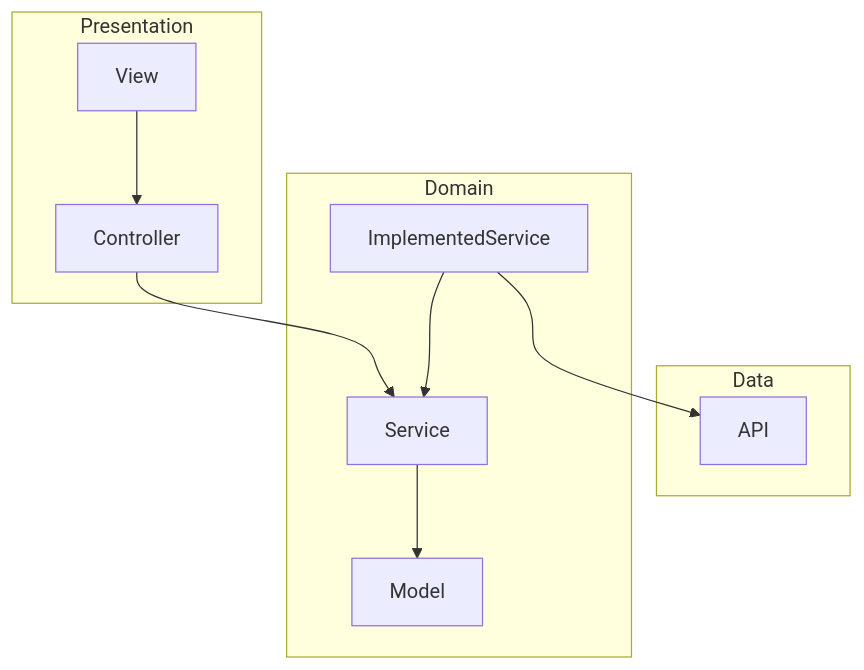
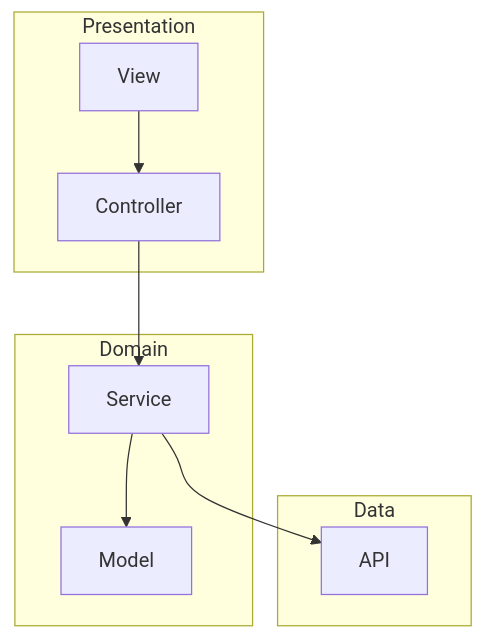
One commit to fa0311/flutter-training changed the diagram in ARCHITECTURE.md. Above: the diagram before and after it, drawn with Mermaid. The commit also changed other lines of this file, not shown here.

Commit message:
docs: ARCHITECTURE.md を変更する

````diff
--- a/ARCHITECTURE.md
+++ b/ARCHITECTURE.md
@@ -7,19 +7,18 @@
 ```mermaid
 flowchart TB
 
   subgraph Data
     API
   end
 
   subgraph Domain
-    ImplementedService --> API
-    ImplementedService --> Service
+    Service --> API
     Service --> Model
   end
 
   subgraph Presentation
     Controller --> Service
     View --> Controller
   end
 
 ```
````
